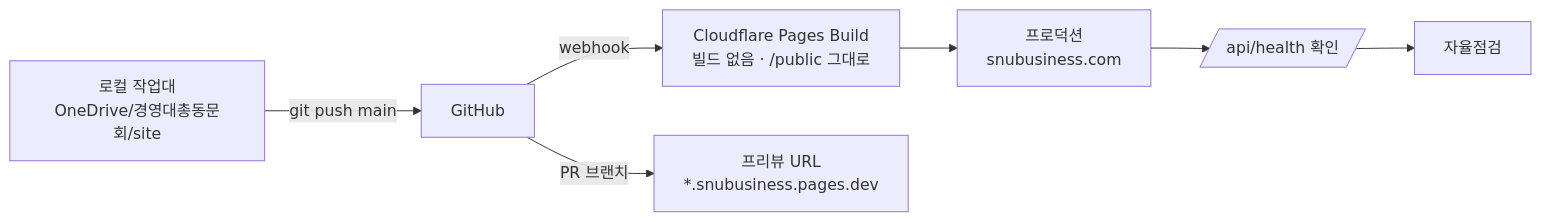
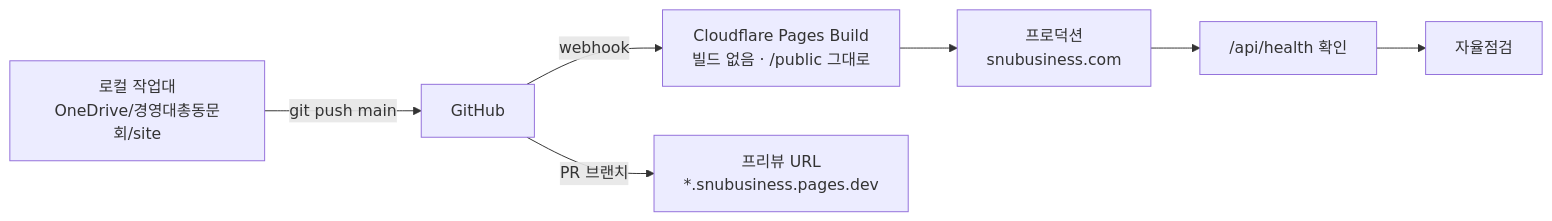
The sixth of 6 diagrams in site/public/content/dataflow.md (DavidRheeTaekyoung/snubusiness), drawn with Mermaid before and after one commit. The commit also changed other lines of this file and 3 other files, not shown here.

Commit message:
fix: mobile header wrapping, mermaid labels, diagram background

````diff
--- a/site/public/content/dataflow.md
+++ b/site/public/content/dataflow.md
@@ -103,9 +103,9 @@
 ```mermaid
 flowchart LR
-  L[로컬 작업대<br/>OneDrive/경영대총동문회/site] -->|git push main| G[GitHub]
-  G -->|webhook| CFB[Cloudflare Pages Build<br/>빌드 없음 · /public 그대로]
-  CFB --> PR[프로덕션<br/>snubusiness.com]
-  G -->|PR 브랜치| PV[프리뷰 URL<br/>*.snubusiness.pages.dev]
-  PR --> HC[/api/health 확인/]
-  HC --> INSP[자율점검]
+  L["로컬 작업대<br/>OneDrive/경영대총동문회/site"] -->|git push main| G["GitHub"]
+  G -->|webhook| CFB["Cloudflare Pages Build<br/>빌드 없음 · /public 그대로"]
+  CFB --> PR["프로덕션<br/>snubusiness.com"]
+  G -->|PR 브랜치| PV["프리뷰 URL<br/>*.snubusiness.pages.dev"]
+  PR --> HC["/api/health 확인"]
+  HC --> INSP["자율점검"]
 ```
````
